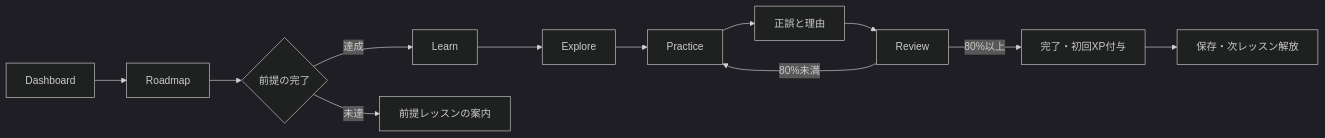
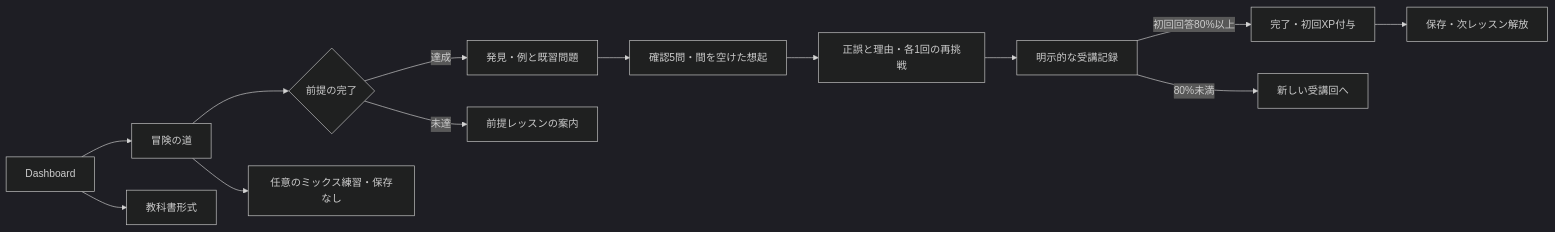
One commit to allaaffet/thai-learning-app changed the diagram in docs/ARCHITECTURE.md. Above: the diagram before and after it, drawn with Mermaid (dark theme). The commit also changed other lines of this file and 22 other files, not shown here.

````diff
--- a/docs/ARCHITECTURE.md
+++ b/docs/ARCHITECTURE.md
@@ -94,14 +96,15 @@
 ```mermaid
 flowchart LR
-  D[Dashboard] --> R[Roadmap]
-  R --> P{前提の完了}
-  P -->|達成| L[Learn]
+  D[Dashboard] --> A[冒険の道]
+  A --> P{前提の完了}
+  P -->|達成| M[発見・例と既習問題]
   P -->|未達| B[前提レッスンの案内]
-  L --> E[Explore]
-  E --> Q[Practice]
-  Q --> F[正誤と理由]
-  F --> V[Review]
-  V -->|80%以上| C[完了・初回XP付与]
-  V -->|80%未満| Q
+  M --> Q[確認5問・間を空けた想起]
+  Q --> F[正誤と理由・各1回の再挑戦]
+  F --> V[明示的な受講記録]
+  V -->|初回回答80%以上| C[完了・初回XP付与]
+  V -->|80%未満| N[新しい受講回へ]
   C --> S[保存・次レッスン解放]
+  A --> R[任意のミックス練習・保存なし]
+  D --> T[教科書形式]
 ```
````
